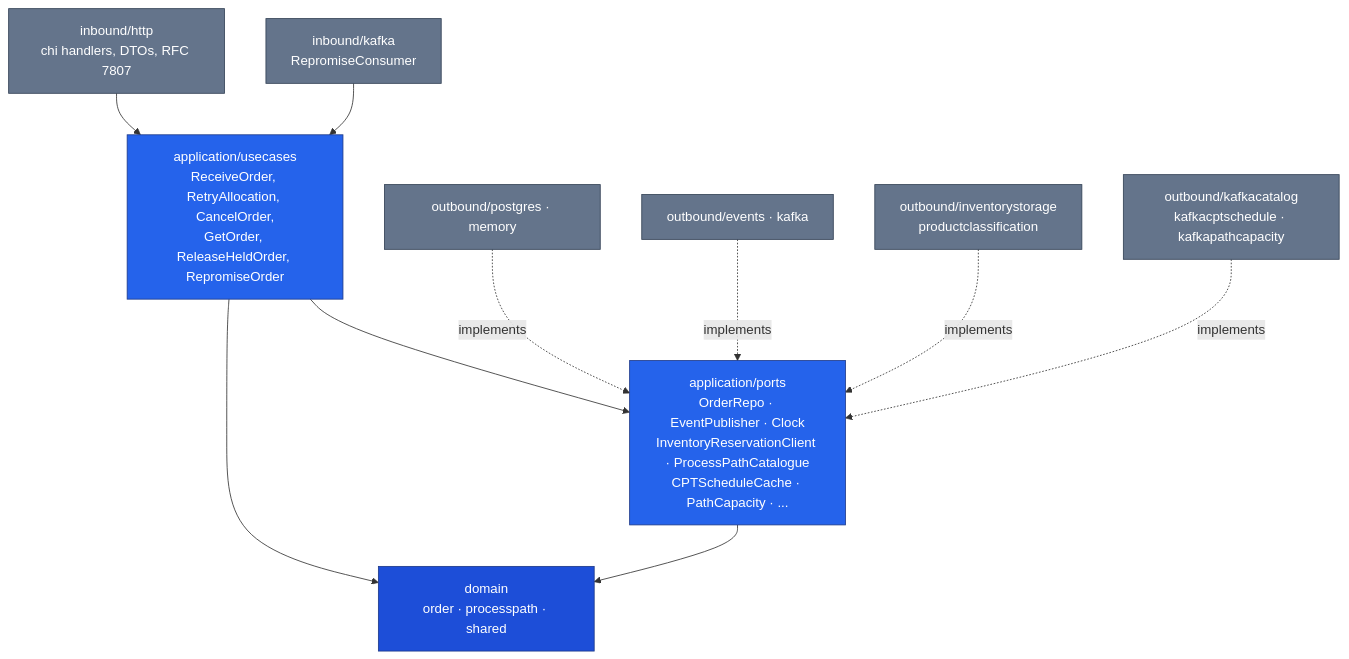
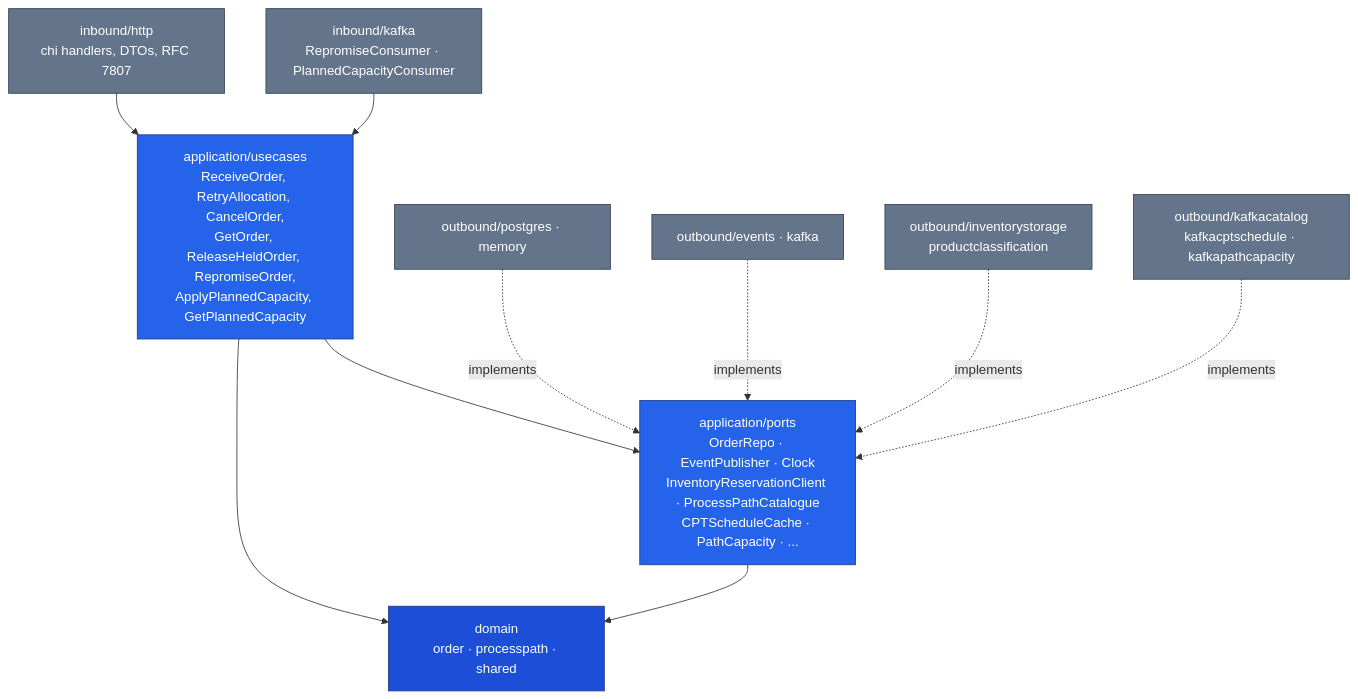
One commit to IQVO/order-management changed the diagram in docs/docs/overview/architecture.md. Above: the diagram before and after it, drawn with Mermaid. The commit also changed other lines of this file and 30 other files, not shown here.

````diff
--- a/docs/docs/overview/architecture.md
+++ b/docs/docs/overview/architecture.md
@@ -63,29 +74,29 @@
 ```mermaid
 flowchart TB
   HTTP["inbound/http<br/>chi handlers, DTOs, RFC 7807"]
-  KIN["inbound/kafka<br/>RepromiseConsumer"]
-  UC["application/usecases<br/>ReceiveOrder, RetryAllocation, CancelOrder,<br/>GetOrder, ReleaseHeldOrder, RepromiseOrder"]
+  KIN["inbound/kafka<br/>RepromiseConsumer · PlannedCapacityConsumer"]
+  UC["application/usecases<br/>ReceiveOrder, RetryAllocation, CancelOrder,<br/>GetOrder, ReleaseHeldOrder, RepromiseOrder,<br/>ApplyPlannedCapacity, GetPlannedCapacity"]
   P["application/ports<br/>OrderRepo · EventPublisher · Clock<br/>InventoryReservationClient · ProcessPathCatalogue<br/>CPTScheduleCache · PathCapacity · ..."]
   D["domain<br/>order · processpath · shared"]
   PG["outbound/postgres · memory"]
   EV["outbound/events · kafka"]
   INVC["outbound/inventorystorage<br/>productclassification"]
   CACHE["outbound/kafkacatalog<br/>kafkacptschedule · kafkapathcapacity"]
 
   HTTP --> UC
   KIN --> UC
   UC --> P
   UC --> D
   P --> D
   PG -.implements.-> P
   EV -.implements.-> P
   INVC -.implements.-> P
   CACHE -.implements.-> P
 
   classDef dom fill:#1d4ed8,stroke:#1e3a8a,color:#fff;
   classDef app fill:#2563eb,stroke:#1e3a8a,color:#fff;
   classDef adp fill:#64748b,stroke:#334155,color:#fff;
   class D dom;
   class UC,P app;
   class HTTP,KIN,PG,EV,INVC,CACHE adp;
 ```
````
